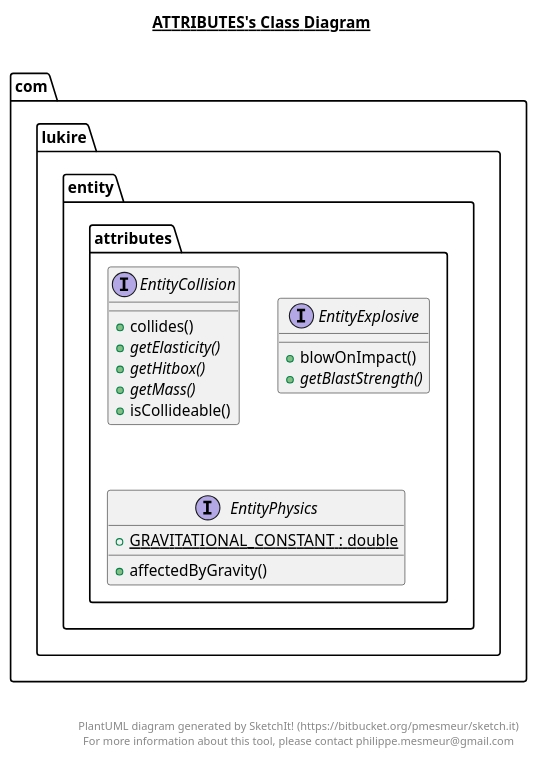
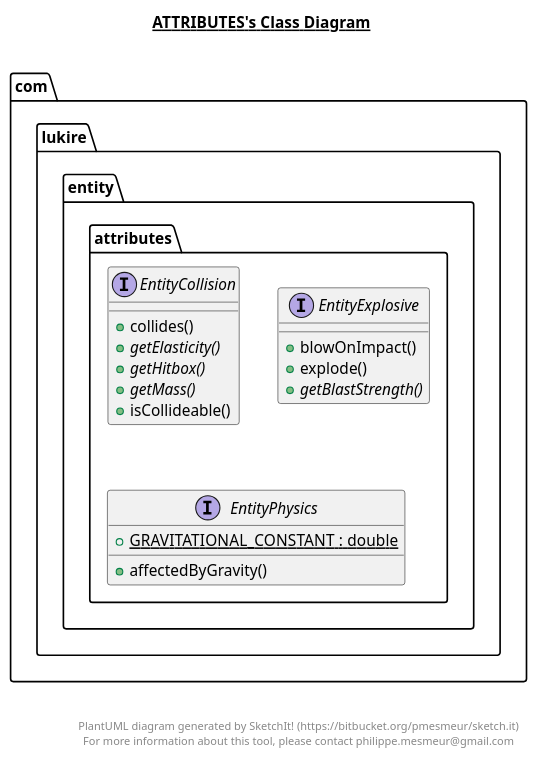
Before and after one commit to Lukires/school_cannon: the diagram in src/main/java/com/lukire/entity/attributes/attributes.plantuml, drawn with PlantUML. The commit also changed 11 other files, not shown here.

Commit message:
Added Javadocs & Updated UML

```diff
--- a/src/main/java/com/lukire/entity/attributes/attributes.plantuml
+++ b/src/main/java/com/lukire/entity/attributes/attributes.plantuml
@@ -1,47 +1,48 @@
 @startuml
 
 title __ATTRIBUTES's Class Diagram__\n
 
   namespace com.lukire.entity {
     namespace attributes {
       interface com.lukire.entity.attributes.EntityCollision {
           + collides()
           {abstract} + getElasticity()
           {abstract} + getHitbox()
           {abstract} + getMass()
           + isCollideable()
       }
     }
   }
   
 
   namespace com.lukire.entity {
     namespace attributes {
       interface com.lukire.entity.attributes.EntityExplosive {
           + blowOnImpact()
+          + explode()
           {abstract} + getBlastStrength()
       }
     }
   }
   
 
   namespace com.lukire.entity {
     namespace attributes {
       interface com.lukire.entity.attributes.EntityPhysics {
           {static} + GRAVITATIONAL_CONSTANT : double
           + affectedByGravity()
       }
     }
   }
   
 
 
 
 right footer
 
 
 PlantUML diagram generated by SketchIt! (https://bitbucket.org/pmesmeur/sketch.it)
 For more information about this tool, please contact philippe.mesmeur@gmail.com
 endfooter
 
 @enduml
```
